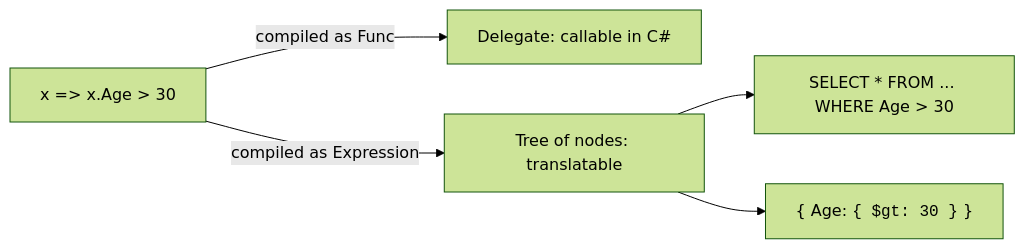
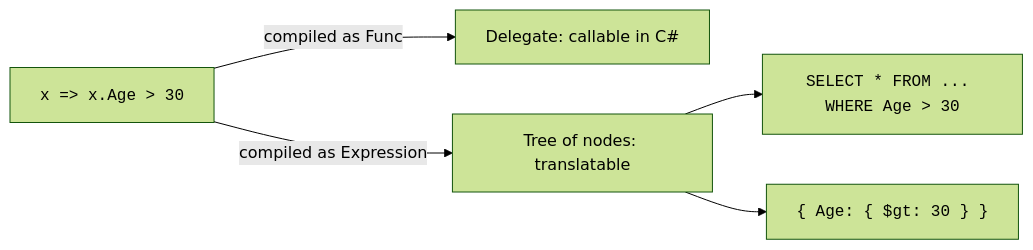
One commit to dataslope/dataslope changed the diagram in content/learn/csharp-linq-functional/lambdas-and-delegates.mdx. Above: the diagram before and after it, drawn with Mermaid (forest theme). The commit also changed 56 other files, not shown here.

````diff
--- a/content/learn/csharp-linq-functional/lambdas-and-delegates.mdx
+++ b/content/learn/csharp-linq-functional/lambdas-and-delegates.mdx
@@ -210,7 +210,7 @@
 ```mermaid
 flowchart LR
-    L["x => x.Age > 30"] -->|"compiled as Func"| D[Delegate: callable in C#]
+    L["<code>x =&gt; x.Age &gt; 30</code>"] -->|"compiled as Func"| D[Delegate: callable in C#]
     L -->|"compiled as Expression"| T[Tree of nodes: translatable]
-    T --> S["SELECT * FROM ... WHERE Age > 30"]
-    T --> M["{ Age: <code>{ $gt: 30 }</code> }"]
+    T --> S["<code>SELECT * FROM ... WHERE Age &gt; 30</code>"]
+    T --> M["<code>{ Age: { $gt: 30 } }</code>"]
 ```
````
